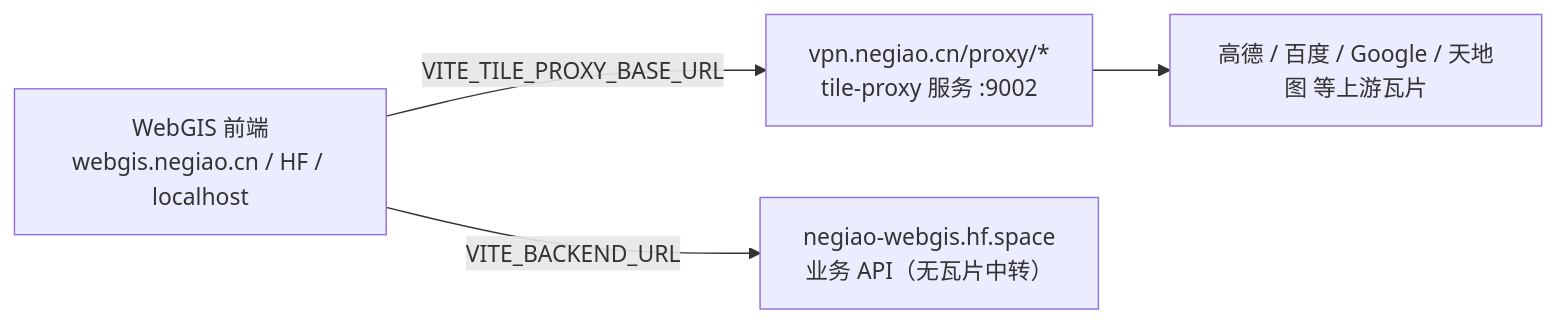
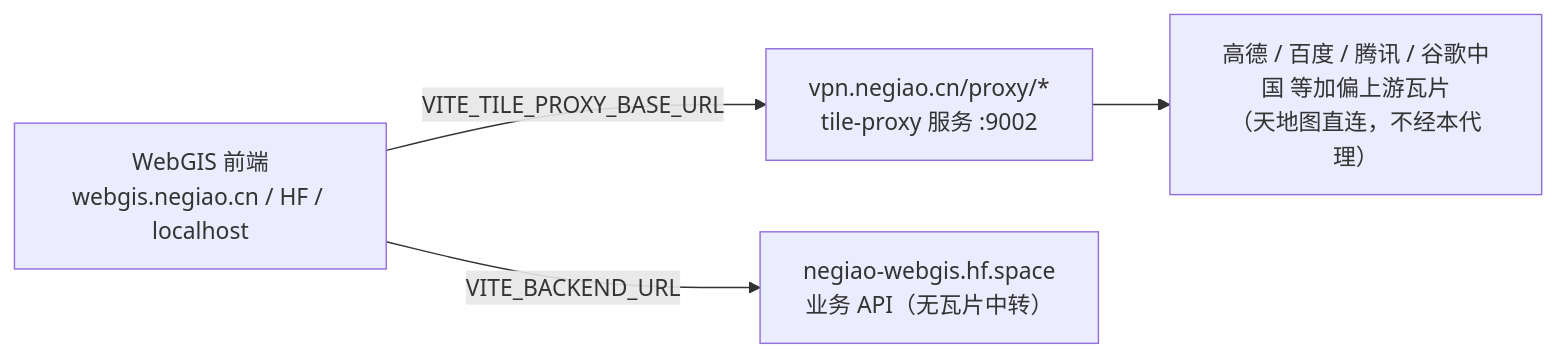
Before and after one commit to NEGIAO/WebGIS-Dev: the diagram in Docs/Architecture/tile-rectify-system.md, drawn with Mermaid. The commit also changed other lines of this file and 63 other files, not shown here.

````diff
--- a/Docs/Architecture/tile-rectify-system.md
+++ b/Docs/Architecture/tile-rectify-system.md
@@ -15,6 +15,6 @@
 ```mermaid
 flowchart LR
     FE["WebGIS 前端<br/>webgis.negiao.cn / HF / localhost"] -->|"VITE_TILE_PROXY_BASE_URL"| VPS["vpn.negiao.cn/proxy/*<br/>tile-proxy 服务 :9002"]
-    VPS --> UP["高德 / 百度 / Google / 天地图 等上游瓦片"]
+    VPS --> UP["高德 / 百度 / 腾讯 / 谷歌中国 等加偏上游瓦片<br/>（天地图直连，不经本代理）"]
     FE -->|"VITE_BACKEND_URL"| HF["negiao-webgis.hf.space<br/>业务 API（无瓦片中转）"]
 ```
````
